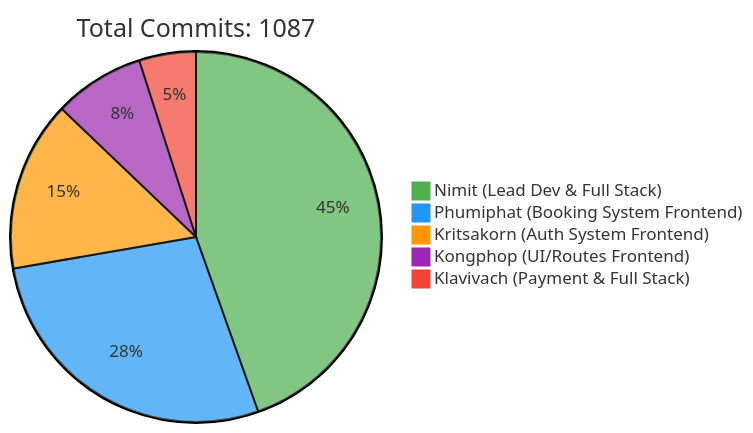
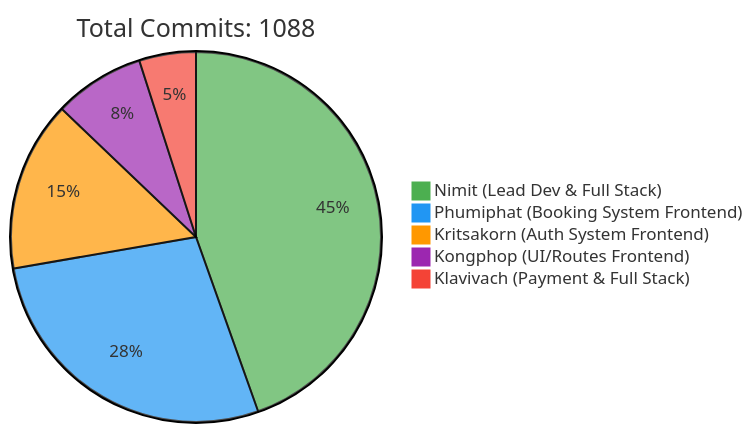
The first of 2 diagrams in README.md (6531503042/Sport-Complex), drawn with Mermaid before and after one commit. The commit also changed other lines of this file, not shown here.

Commit message:
docs: Update contributor statistics [skip ci]

````diff
--- a/README.md
+++ b/README.md
@@ -257,10 +257,10 @@
 ```mermaid
 %%{init: {'theme': 'base', 'themeVariables': { 'pie1': '#4CAF50', 'pie2': '#2196F3', 'pie3': '#FF9800', 'pie4': '#9C27B0', 'pie5': '#F44336'}}}%%
 pie
-    title Total Commits: 1087
+    title Total Commits: 1088
     "Nimit (Lead Dev & Full Stack)" : 450
     "Phumiphat (Booking System Frontend)" : 280
     "Kritsakorn (Auth System Frontend)" : 150
     "Kongphop (UI/Routes Frontend)" : 80
     "Klavivach (Payment & Full Stack)" : 50
 ```
````
